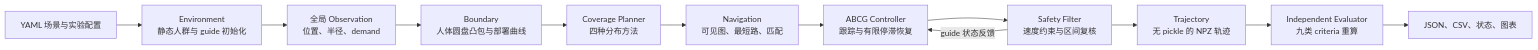
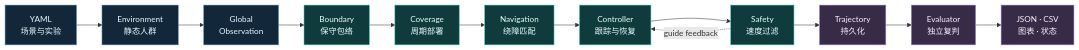
The first of 2 diagrams in README.md (Wu-kaixin/ABCG-controller), drawn with Mermaid before and after one commit. The commit also changed other lines of this file and 1 other file, not shown here.

````diff
--- a/README.md
+++ b/README.md
@@ -28,14 +99,21 @@
 ```mermaid
 flowchart LR
-    C["YAML 场景与实验配置"] --> E["Environment<br/>静态人群与 guide 初始化"]
-    E --> O["全局 Observation<br/>位置、半径、demand"]
-    O --> B["Boundary<br/>人体圆盘凸包与部署曲线"]
-    B --> P["Coverage Planner<br/>四种分布方法"]
-    P --> N["Navigation<br/>可见图、最短路、匹配"]
-    N --> A["ABCG Controller<br/>跟踪与有限停滞恢复"]
-    A --> S["Safety Filter<br/>速度约束与区间复核"]
-    S --> T["Trajectory<br/>无 pickle 的 NPZ 轨迹"]
-    T --> V["Independent Evaluator<br/>九类 criteria 重算"]
-    V --> R["JSON、CSV、状态、图表"]
-    S -->|"guide 状态反馈"| A
+    CFG["YAML<br/>场景与实验"] --> ENV["Environment<br/>静态人群"]
+    ENV --> OBS["Global<br/>Observation"]
+    OBS --> GEO["Boundary<br/>保守包络"]
+    GEO --> PLAN["Coverage<br/>周期部署"]
+    PLAN --> NAV["Navigation<br/>绕障匹配"]
+    NAV --> CTRL["Controller<br/>跟踪与恢复"]
+    CTRL --> SAFE["Safety<br/>速度过滤"]
+    SAFE --> TRAJ["Trajectory<br/>持久化"]
+    TRAJ --> EVAL["Evaluator<br/>独立复判"]
+    EVAL --> OUT["JSON · CSV<br/>图表 · 状态"]
+    SAFE -. guide feedback .-> CTRL
+
+    classDef input fill:#12283a,stroke:#4b88b5,color:#e9f7ff;
+    classDef core fill:#103b3c,stroke:#35c8bb,color:#ebfffd;
+    classDef evidence fill:#372b48,stroke:#a485d8,color:#f8f2ff;
+    class CFG,ENV,OBS input;
+    class GEO,PLAN,NAV,CTRL,SAFE core;
+    class TRAJ,EVAL,OUT evidence;
 ```
````
